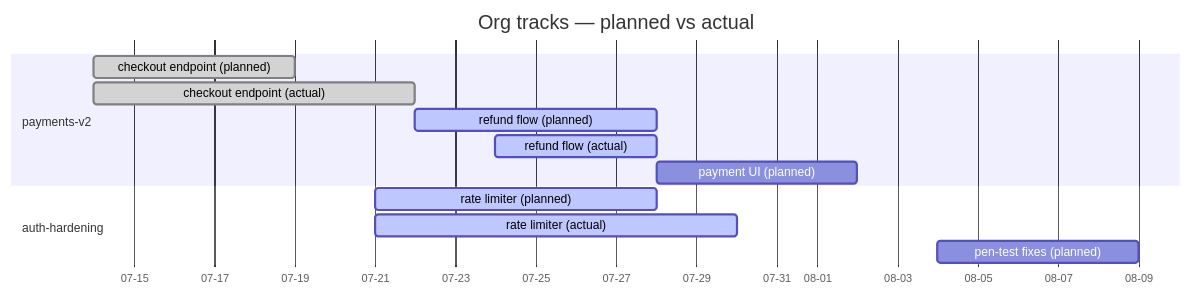
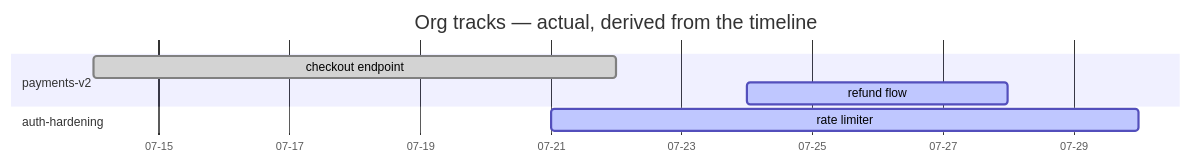
One commit to alimohammed1624/skills changed the third of 8 diagrams in docs/target-workflow.md. Above: the diagram before and after it, drawn with Mermaid. The commit also changed other lines of this file and 1 other file, not shown here.

Commit message:
[Fixes] refactor spec to account for branches

````diff
--- a/docs/target-workflow.md
+++ b/docs/target-workflow.md
@@ -220,18 +358,13 @@
 ```mermaid
 gantt
-    title Org tracks — planned vs actual
+    title Org tracks — actual, derived from the timeline
     dateFormat YYYY-MM-DD
     axisFormat %m-%d
 
     section payments-v2
-    checkout endpoint (planned)   :done,    p1, 2026-07-14, 5d
-    checkout endpoint (actual)    :done,    a1, 2026-07-14, 8d
-    refund flow (planned)         :active,  p2, 2026-07-22, 6d
-    refund flow (actual)          :active,  a2, 2026-07-24, 4d
-    payment UI (planned)          :         p3, 2026-07-28, 5d
+    checkout endpoint    :done,    a1, 2026-07-14, 8d
+    refund flow          :active,  a2, 2026-07-24, 4d
 
     section auth-hardening
-    rate limiter (planned)        :active,  p4, 2026-07-21, 7d
-    rate limiter (actual)         :active,  a4, 2026-07-21, 9d
-    pen-test fixes (planned)      :         p5, 2026-08-04, 5d
+    rate limiter         :active,  a4, 2026-07-21, 9d
 ```
````
